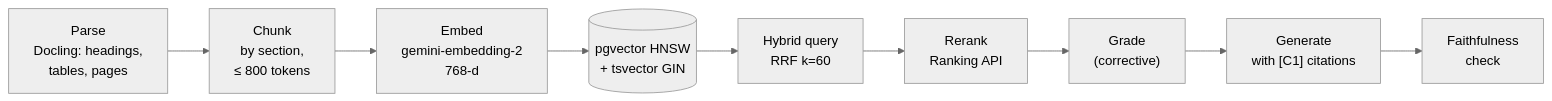
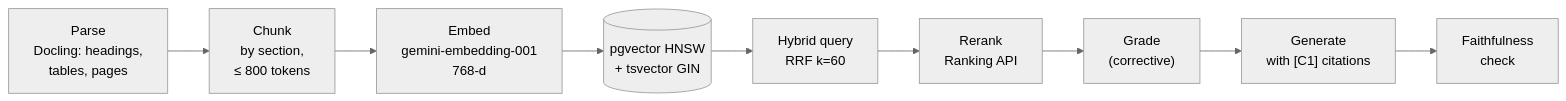
Before and after one commit to kb2326/grant-capture-agent: the fifth of 6 diagrams in README.md, drawn with Mermaid (neutral theme). The commit also changed other lines of this file and 2 other files, not shown here.

````diff
--- a/README.md
+++ b/README.md
@@ -150,11 +150,11 @@
 ```mermaid
 flowchart LR
     P["Parse<br/>Docling: headings,<br/>tables, pages"] --> C["Chunk<br/>by section,<br/>≤ 800 tokens"]
-    C --> E["Embed<br/>gemini-embedding-2<br/>768-d"]
+    C --> E["Embed<br/>gemini-embedding-001<br/>768-d"]
     E --> S[("pgvector HNSW<br/>+ tsvector GIN")]
     S --> H["Hybrid query<br/>RRF k=60"]
     H --> RR["Rerank<br/>Ranking API"]
     RR --> GR["Grade<br/>(corrective)"]
     GR --> GEN["Generate<br/>with [C1] citations"]
     GEN --> FC["Faithfulness<br/>check"]
 ```
````
